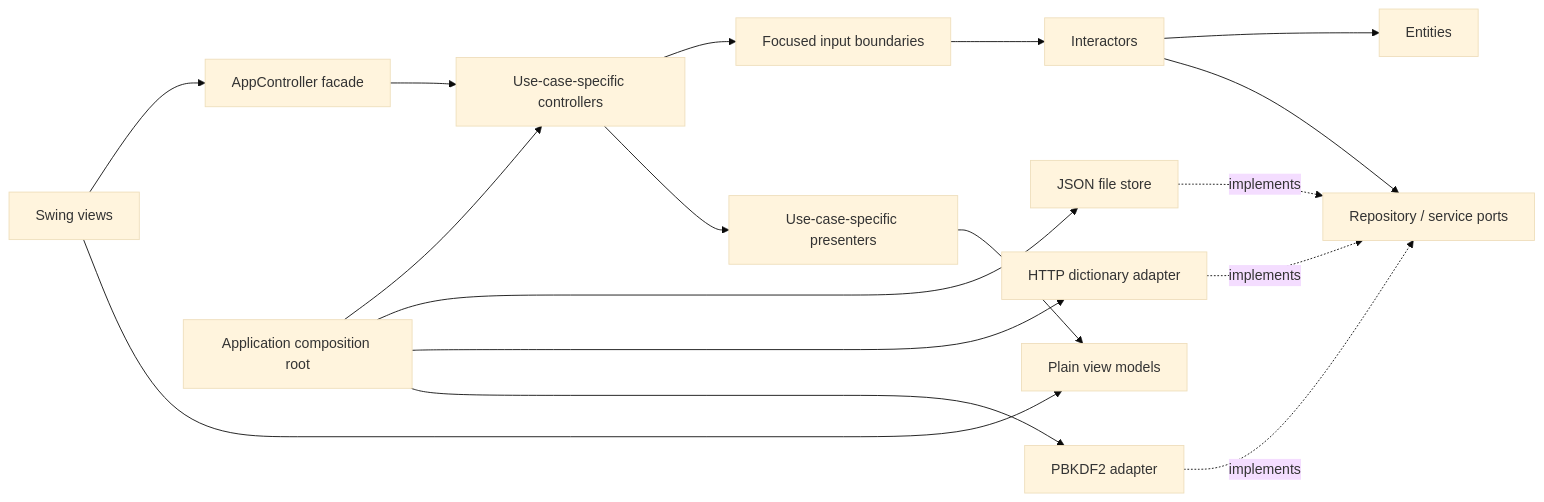
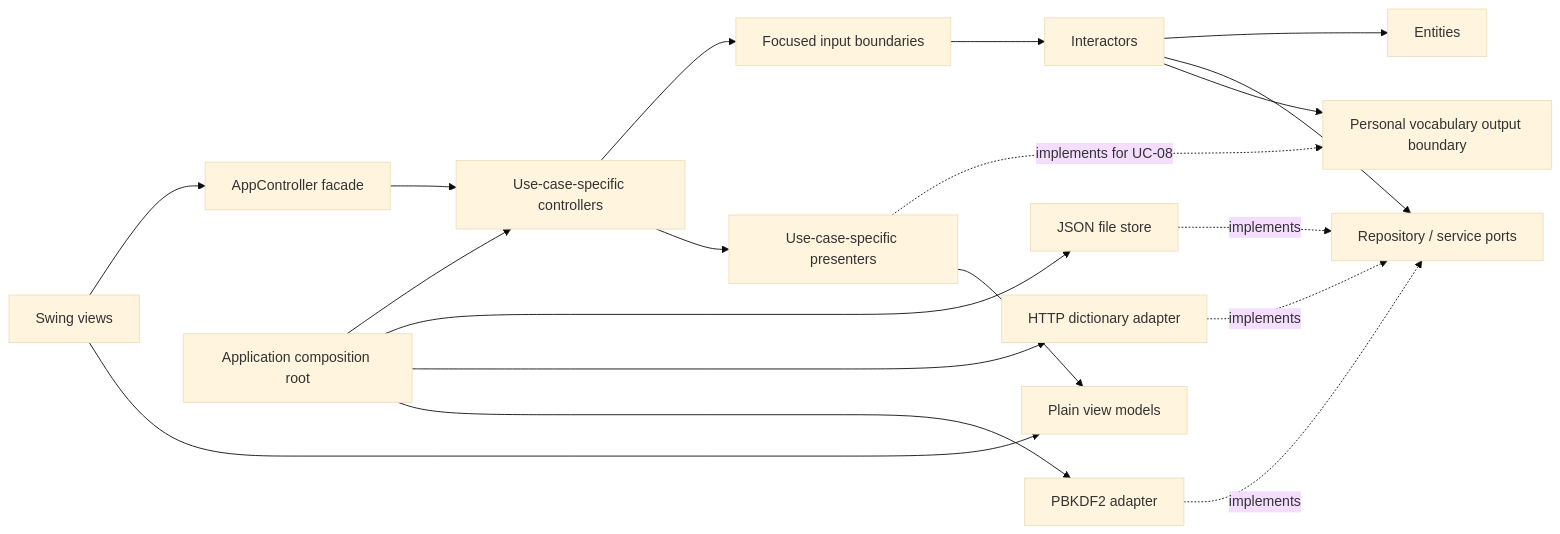
The first of 2 diagrams in docs/ARCHITECTURE.md (fanfan170721/team-project), drawn with Mermaid (base theme) before and after one commit. The commit also changed other lines of this file and 31 other files, not shown here.

Commit message:
Complete UC-08 output flow and standardize project English

````diff
--- a/docs/ARCHITECTURE.md
+++ b/docs/ARCHITECTURE.md
@@ -5,19 +5,21 @@
 ```mermaid
 flowchart LR
     V[Swing views] --> F[AppController facade]
     F --> C[Use-case-specific controllers]
     C --> I[Focused input boundaries]
     I --> U[Interactors]
     U --> E[Entities]
     U --> P[Repository / service ports]
     D[JSON file store] -. implements .-> P
     H[HTTP dictionary adapter] -. implements .-> P
     B[PBKDF2 adapter] -. implements .-> P
     C --> R[Use-case-specific presenters]
+    U --> O[Personal vocabulary output boundary]
+    R -. implements for UC-08 .-> O
     R --> M[Plain view models]
     V --> M
     A[Application composition root] --> C
     A --> D
     A --> H
     A --> B
 ```
````
